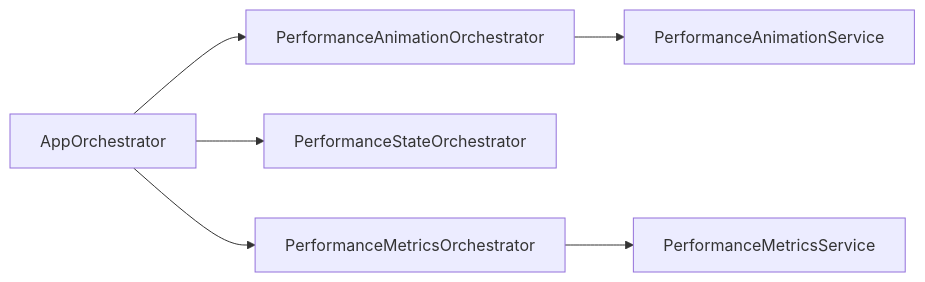
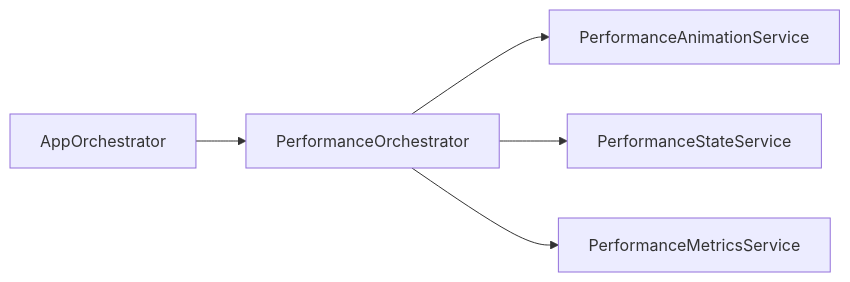
Before and after one commit to josstei/prismgb-app: the fourth of 6 diagrams in docs/architecture-diagrams-onboarding.md, drawn with Mermaid. The commit also changed other lines of this file and 5 other files, not shown here.

````diff
--- a/docs/architecture-diagrams-onboarding.md
+++ b/docs/architecture-diagrams-onboarding.md
@@ -65,15 +69,13 @@
 ```mermaid
 flowchart LR
   AppOrchestrator[AppOrchestrator]
-  PerformanceAnimationOrchestrator[PerformanceAnimationOrchestrator]
-  PerformanceStateOrchestrator[PerformanceStateOrchestrator]
-  PerformanceMetricsOrchestrator[PerformanceMetricsOrchestrator]
+  PerformanceOrchestrator[PerformanceOrchestrator]
   PerformanceAnimationService[PerformanceAnimationService]
+  PerformanceStateService[PerformanceStateService]
   PerformanceMetricsService[PerformanceMetricsService]
 
-  AppOrchestrator --> PerformanceAnimationOrchestrator
-  AppOrchestrator --> PerformanceStateOrchestrator
-  AppOrchestrator --> PerformanceMetricsOrchestrator
-  PerformanceAnimationOrchestrator --> PerformanceAnimationService
-  PerformanceMetricsOrchestrator --> PerformanceMetricsService
+  AppOrchestrator --> PerformanceOrchestrator
+  PerformanceOrchestrator --> PerformanceAnimationService
+  PerformanceOrchestrator --> PerformanceStateService
+  PerformanceOrchestrator --> PerformanceMetricsService
 ```
````
